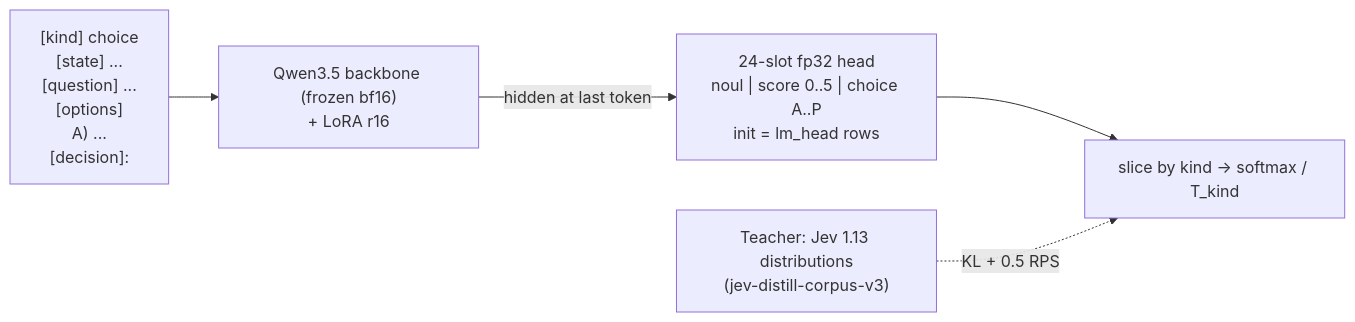
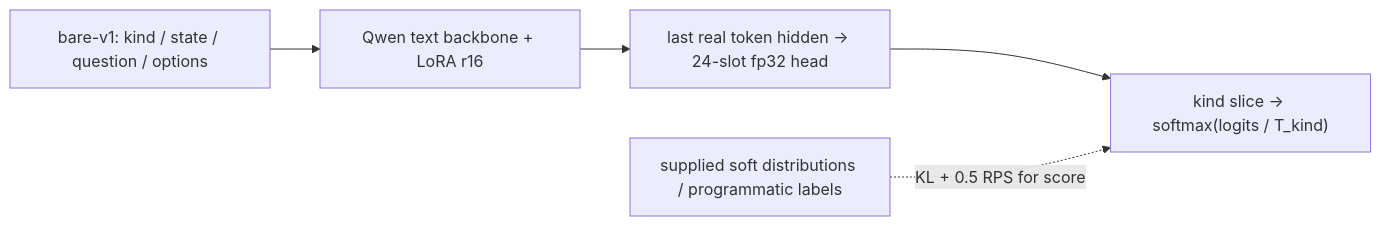
The diagram in README_EN.md (shibing624/train-jev), drawn with Mermaid before and after one commit. The commit also changed other lines of this file and 28 other files, not shown here.

````diff
--- a/README_EN.md
+++ b/README_EN.md
@@ -69,7 +44,7 @@
 ```mermaid
 flowchart LR
-    P["[kind] choice<br/>[state] ...<br/>[question] ...<br/>[options]<br/>A) ...<br/>[decision]:"] --> L["Qwen3.5 backbone (frozen bf16)<br/>+ LoRA r16"]
-    L -->|hidden at last token| H["24-slot fp32 head<br/>noul | score 0..5 | choice A..P<br/>init = lm_head rows"]
-    H --> S["slice by kind → softmax / T_kind"]
-    T["Teacher: Jev 1.13 distributions<br/>(jev-distill-corpus-v3)"] -.->|"KL + 0.5 RPS"| S
+    P["bare-v1: kind / state / question / options"] --> B["Qwen text backbone + LoRA r16"]
+    B --> H["last real token hidden → 24-slot fp32 head"]
+    H --> S["kind slice → softmax(logits / T_kind)"]
+    T["supplied soft distributions / programmatic labels"] -.->|"KL + 0.5 RPS for score"| S
 ```
````
